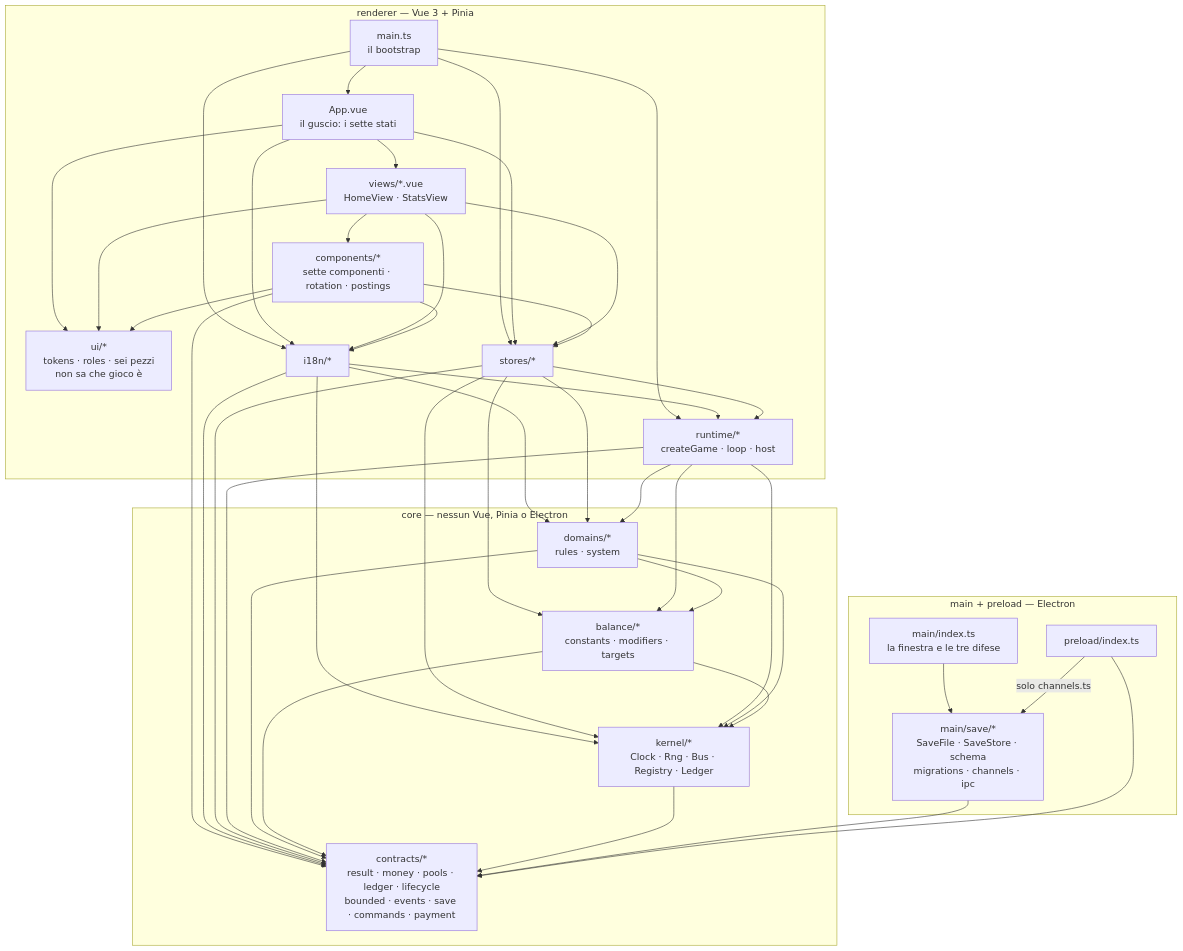
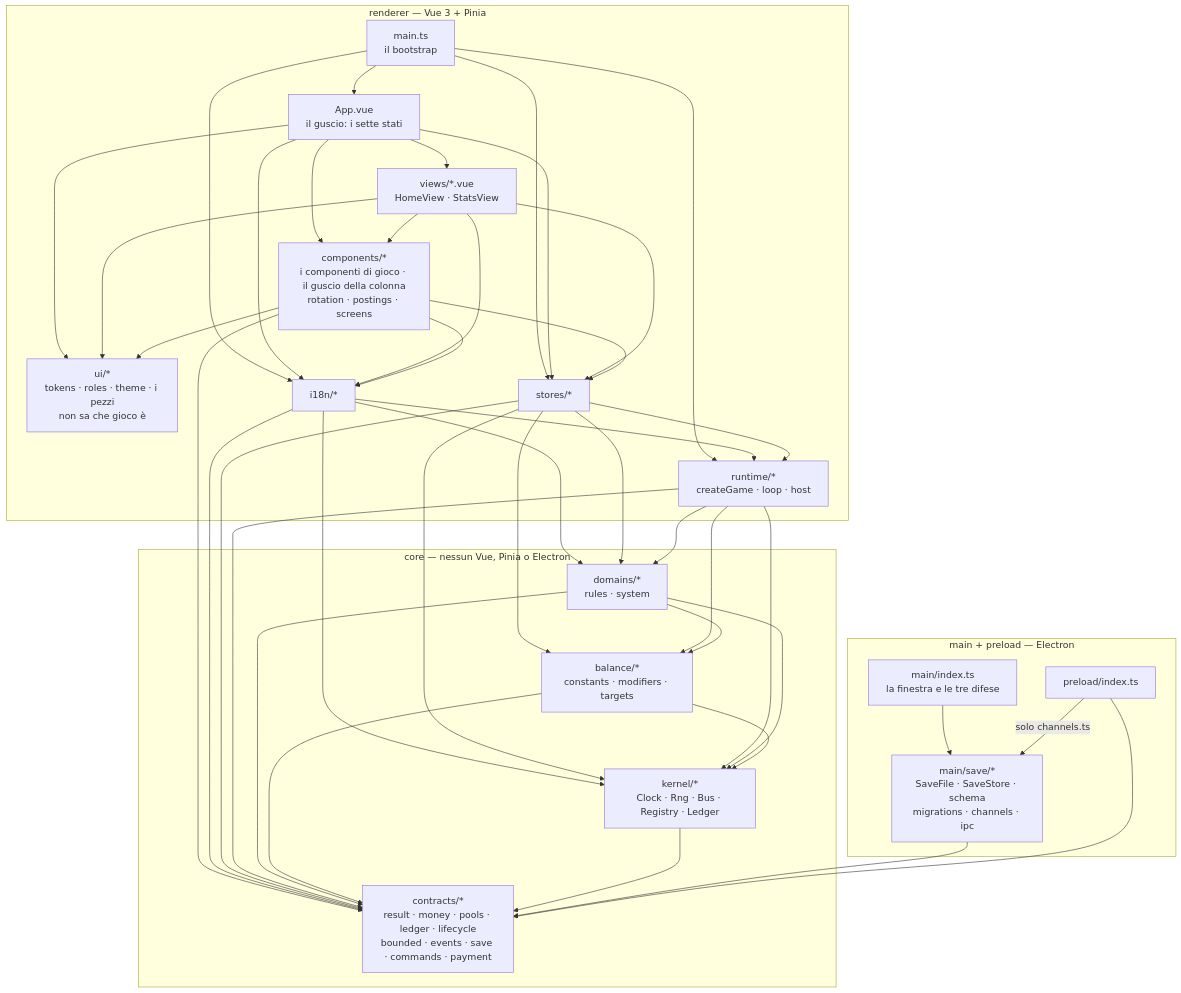
The diagram in docs/architettura.md (devfrx/solvent), drawn with Mermaid before and after one commit. The commit also changed other lines of this file and 34 other files, not shown here.

````diff
--- a/docs/architettura.md
+++ b/docs/architettura.md
@@ -14,66 +14,67 @@
 ```mermaid
 flowchart TD
   subgraph PLAT["main + preload — Electron"]
     MAIN["main/index.ts<br/>la finestra e le tre difese"]
     SAVE["main/save/*<br/>SaveFile · SaveStore · schema<br/>migrations · channels · ipc"]
     PRE["preload/index.ts"]
   end
 
   subgraph REND["renderer — Vue 3 + Pinia"]
     BOOT["main.ts<br/>il bootstrap"]
     APP["App.vue<br/>il guscio: i sette stati"]
     VIEWS["views/*.vue<br/>HomeView · StatsView"]
-    CMP["components/*<br/>sette componenti · rotation · postings"]
-    UI["ui/*<br/>tokens · roles · sei pezzi<br/>non sa che gioco è"]
+    CMP["components/*<br/>i componenti di gioco · il guscio della colonna<br/>rotation · postings · screens"]
+    UI["ui/*<br/>tokens · roles · theme · i pezzi<br/>non sa che gioco è"]
     I18N["i18n/*"]
     ST["stores/*"]
     RT["runtime/*<br/>createGame · loop · host"]
   end
 
   subgraph CORE["core — nessun Vue, Pinia o Electron"]
     DOM["domains/*<br/>rules · system"]
     BAL["balance/*<br/>constants · modifiers · targets"]
     KER["kernel/*<br/>Clock · Rng · Bus · Registry · Ledger"]
     CON["contracts/*<br/>result · money · pools · ledger · lifecycle<br/>bounded · events · save · commands · payment"]
   end
 
   BOOT --> APP
   BOOT --> ST
   BOOT --> RT
   BOOT --> I18N
   APP --> VIEWS
+  APP --> CMP
   APP --> ST
   APP --> I18N
   VIEWS --> CMP
   VIEWS --> ST
   VIEWS --> I18N
   CMP --> ST
   CMP --> I18N
   APP --> UI
   VIEWS --> UI
   CMP --> UI
   CMP --> CON
   I18N --> CON
   I18N --> DOM
   I18N --> KER
   I18N --> RT
   ST  --> RT
   ST  --> DOM
   ST  --> KER
   ST  --> BAL
   ST  --> CON
   RT  --> DOM
   RT  --> KER
   RT  --> BAL
   RT  --> CON
   DOM --> BAL
   DOM --> KER
   DOM --> CON
   BAL --> KER
   BAL --> CON
   KER --> CON
   MAIN --> SAVE
   SAVE --> CON
   PRE --> CON
   PRE -->|solo channels.ts| SAVE
 ```
````
